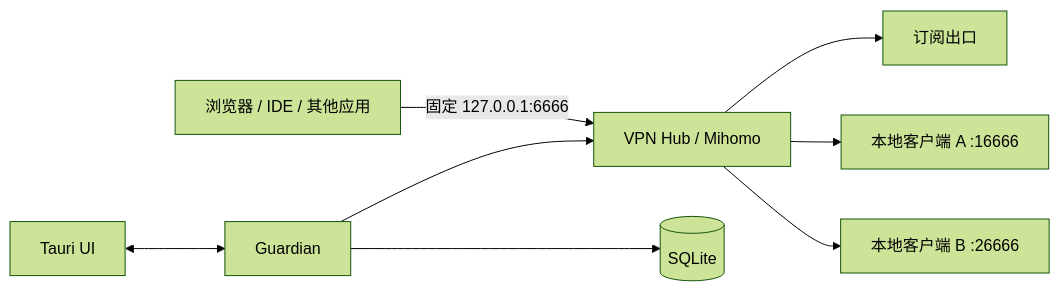
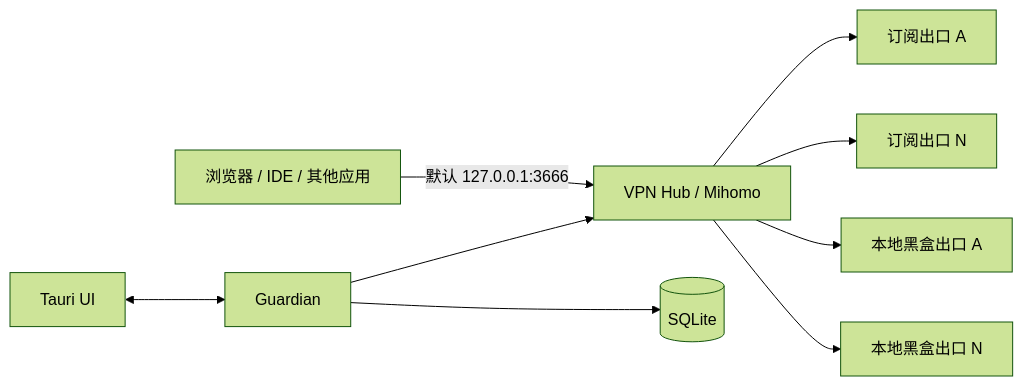
The diagram in README.md (coconilu/vpn-hub), drawn with Mermaid (forest theme) before and after one commit. The commit also changed other lines of this file and 22 other files, not shown here.

````diff
--- a/README.md
+++ b/README.md
@@ -21,10 +21,11 @@
 ```mermaid
 flowchart LR
-    App["浏览器 / IDE / 其他应用"] -->|"固定 127.0.0.1:6666"| Hub["VPN Hub / Mihomo"]
-    Hub --> Sub["订阅出口"]
-    Hub --> A["本地客户端 A :16666"]
-    Hub --> B["本地客户端 B :26666"]
+    App["浏览器 / IDE / 其他应用"] -->|"默认 127.0.0.1:3666"| Hub["VPN Hub / Mihomo"]
+    Hub --> SubA["订阅出口 A"]
+    Hub --> SubN["订阅出口 N"]
+    Hub --> LocalA["本地黑盒出口 A"]
+    Hub --> LocalN["本地黑盒出口 N"]
     Guard["Guardian"] --> Hub
     Guard --> DB[("SQLite")]
     UI["Tauri UI"] <--> Guard
 ```
````
